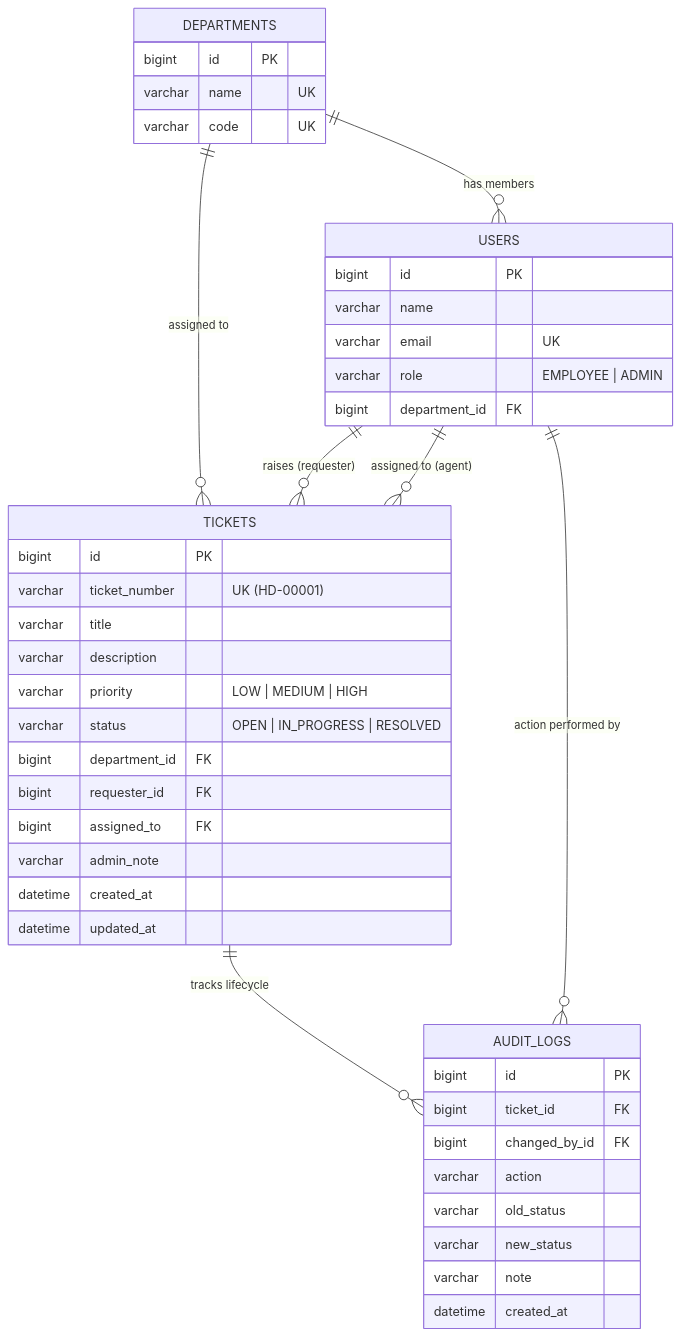
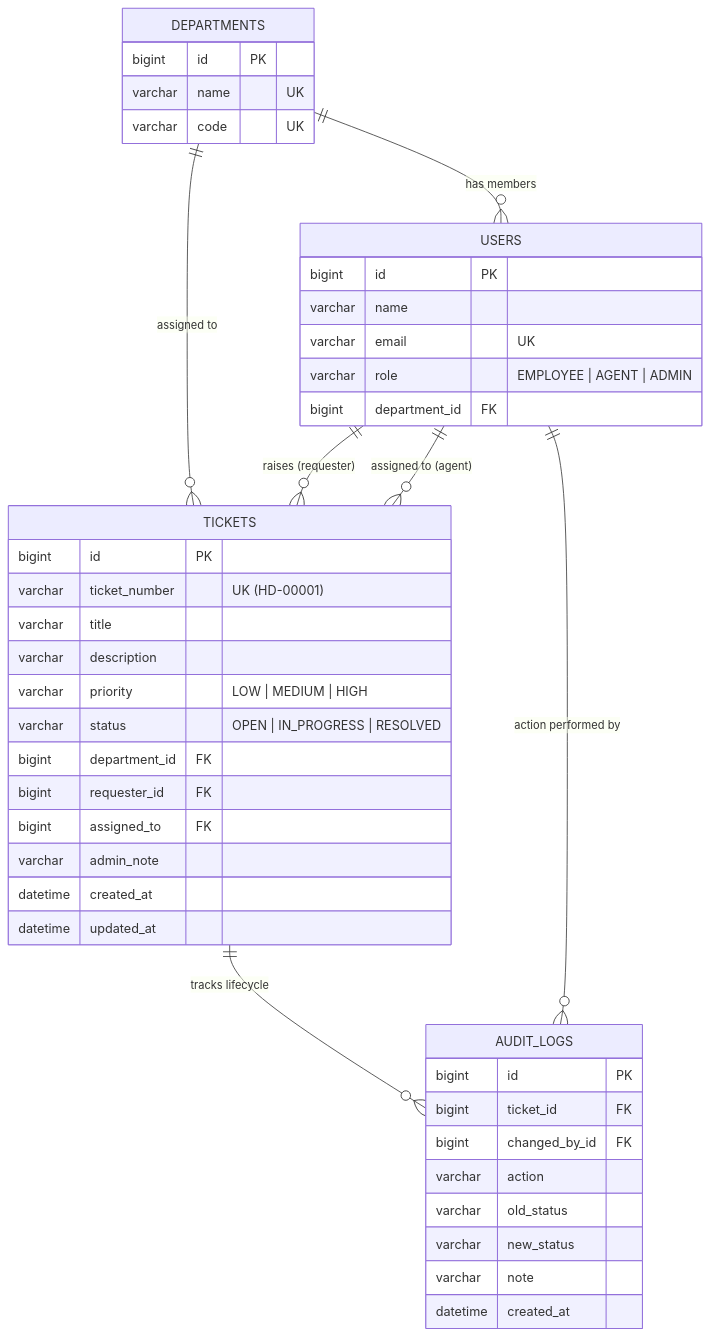
The diagram in README.md (DivyanshWatma29/HelpDeskHub), drawn with Mermaid before and after one commit. The commit also changed other lines of this file and 6 other files, not shown here.

````diff
--- a/README.md
+++ b/README.md
@@ -30,49 +35,49 @@
 ```mermaid
 erDiagram
     DEPARTMENTS ||--o{ USERS : "has members"
     DEPARTMENTS ||--o{ TICKETS : "assigned to"
     USERS ||--o{ TICKETS : "raises (requester)"
     USERS ||--o{ TICKETS : "assigned to (agent)"
     TICKETS ||--o{ AUDIT_LOGS : "tracks lifecycle"
     USERS ||--o{ AUDIT_LOGS : "action performed by"
 
     DEPARTMENTS {
         bigint id PK
         varchar name "UK"
         varchar code "UK"
     }
 
     USERS {
         bigint id PK
         varchar name
         varchar email "UK"
-        varchar role "EMPLOYEE | ADMIN"
+        varchar role "EMPLOYEE | AGENT | ADMIN"
         bigint department_id FK
     }
 
     TICKETS {
         bigint id PK
         varchar ticket_number "UK (HD-00001)"
         varchar title
         varchar description
         varchar priority "LOW | MEDIUM | HIGH"
         varchar status "OPEN | IN_PROGRESS | RESOLVED"
         bigint department_id FK
         bigint requester_id FK
         bigint assigned_to FK
         varchar admin_note
         datetime created_at
         datetime updated_at
     }
 
     AUDIT_LOGS {
         bigint id PK
         bigint ticket_id FK
         bigint changed_by_id FK
         varchar action
         varchar old_status
         varchar new_status
         varchar note
         datetime created_at
     }
 ```
````
